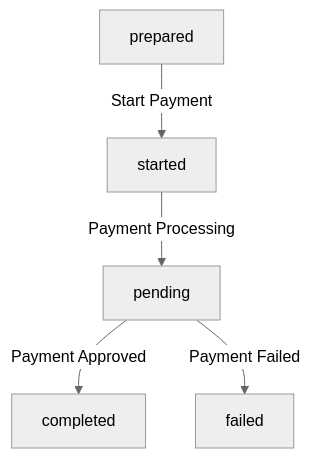
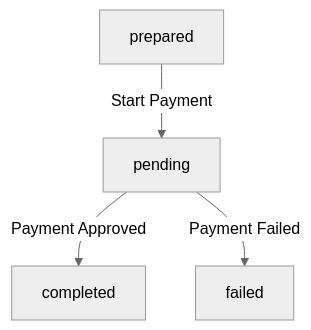
Before and after one commit to digital-blueprint/relay-mono-bundle: the diagram in docs/misc.md, drawn with Mermaid (neutral theme). The commit also changed 11 other files, not shown here.

````diff
--- a/docs/misc.md
+++ b/docs/misc.md
@@ -21,7 +21,6 @@
 ```mermaid
 graph TB
-    prepared -->|Start Payment| started
-    started -->|Payment Processing| pending
+    prepared -->|Start Payment| pending
     pending -->|Payment Approved| completed
     pending -->|Payment Failed| failed
 ```
````
